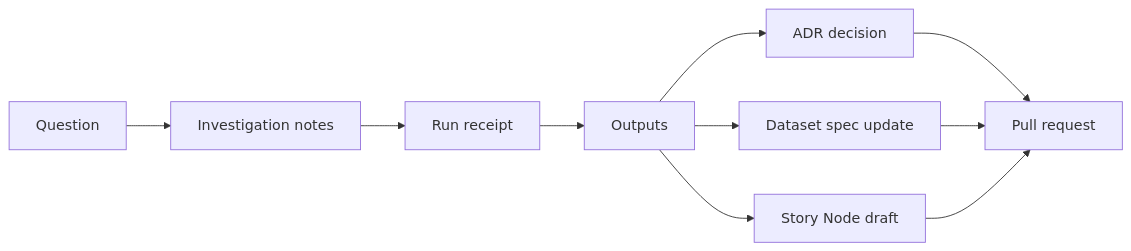
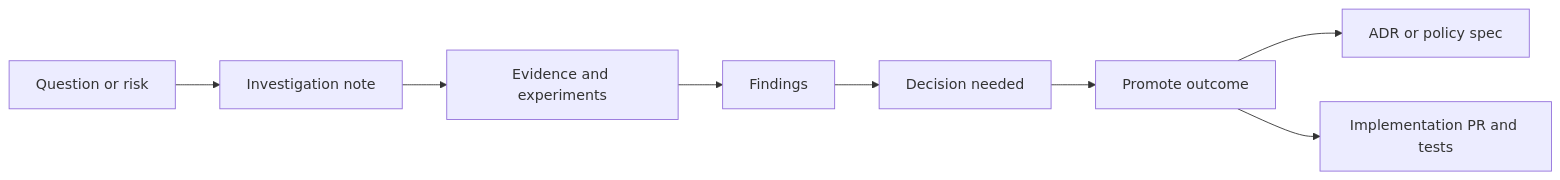
One commit to bartytime4life/Kansas-Frontier-Matrix changed the diagram in docs/investigations/README.md. Above: the diagram before and after it, drawn with Mermaid. The commit also changed other lines of this file, not shown here.

````diff
--- a/docs/investigations/README.md
+++ b/docs/investigations/README.md
@@ -215,12 +43,10 @@
 ```mermaid
 flowchart LR
-  Q[Question] --> I[Investigation notes]
-  I --> R[Run receipt]
-  R --> O[Outputs]
-  O --> ADR[ADR decision]
-  O --> DS[Dataset spec update]
-  O --> SN[Story Node draft]
-  ADR --> PR[Pull request]
-  DS --> PR
-  SN --> PR
+  Q[Question or risk] --> I[Investigation note]
+  I --> E[Evidence and experiments]
+  E --> F[Findings]
+  F --> D[Decision needed]
+  D --> P[Promote outcome]
+  P --> ADR[ADR or policy spec]
+  P --> PR[Implementation PR and tests]
 ```
````
